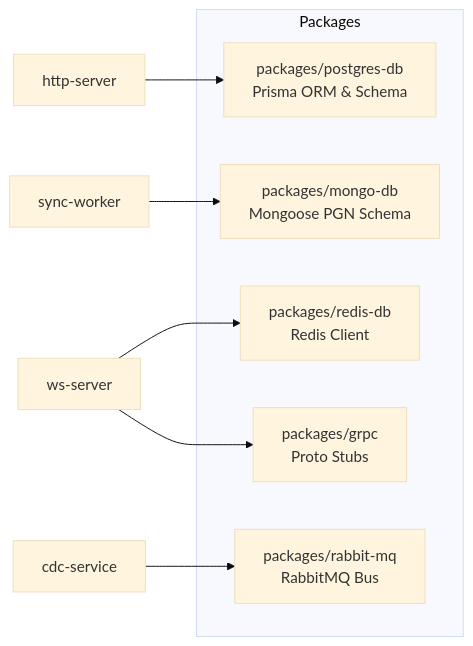
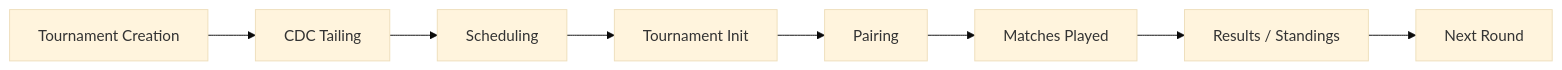
One commit to bhatvinay7/chess-1 changed the fifth of 6 diagrams in README.md. Above: the diagram before and after it, drawn with Mermaid (base theme). The commit also changed other lines of this file, not shown here.

````diff
--- a/README.md
+++ b/README.md
@@ -148,16 +218,10 @@
 ```mermaid
 graph LR
-    subgraph Packages
-        PG[packages/postgres-db<br/>Prisma ORM & Schema]
-        MONGO[packages/mongo-db<br/>Mongoose PGN Schema]
-        REDIS_PKG[packages/redis-db<br/>Redis Client]
-        RMQ_PKG[packages/rabbit-mq<br/>RabbitMQ Bus]
-        GRPC_PKG[packages/grpc<br/>Proto Stubs]
-    end
-
-    HTTP[http-server] --> PG
-    WS[ws-server] --> REDIS_PKG
-    WS --> GRPC_PKG
-    CDC[cdc-service] --> RMQ_PKG
-    SYNC[sync-worker] --> MONGO
+    Create[Tournament Creation] --> CDC[CDC Tailing]
+    CDC --> Sched[Scheduling]
+    Sched --> Init[Tournament Init]
+    Init --> Pair[Pairing]
+    Pair --> Match[Matches Played]
+    Match --> Res[Results / Standings]
+    Res --> Next[Next Round]
 ```
````
